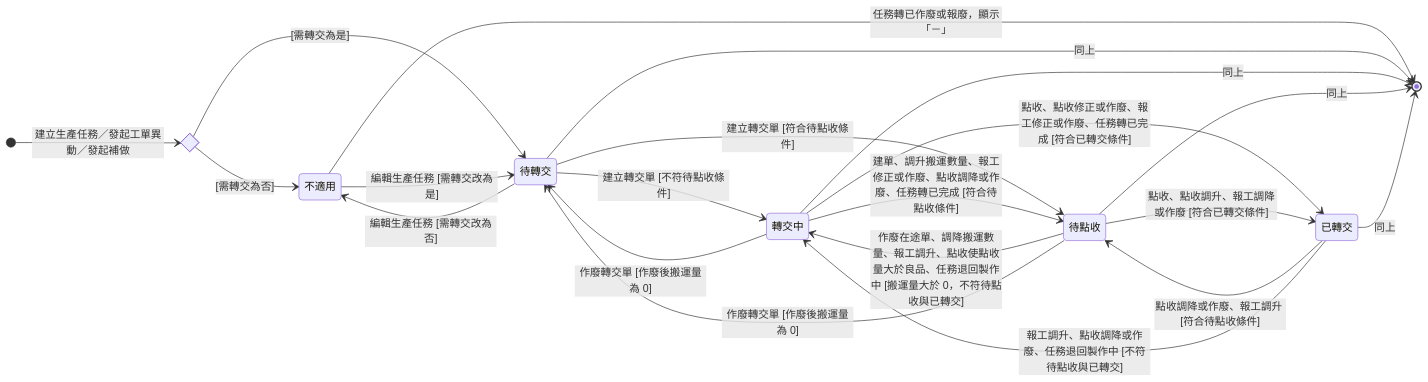
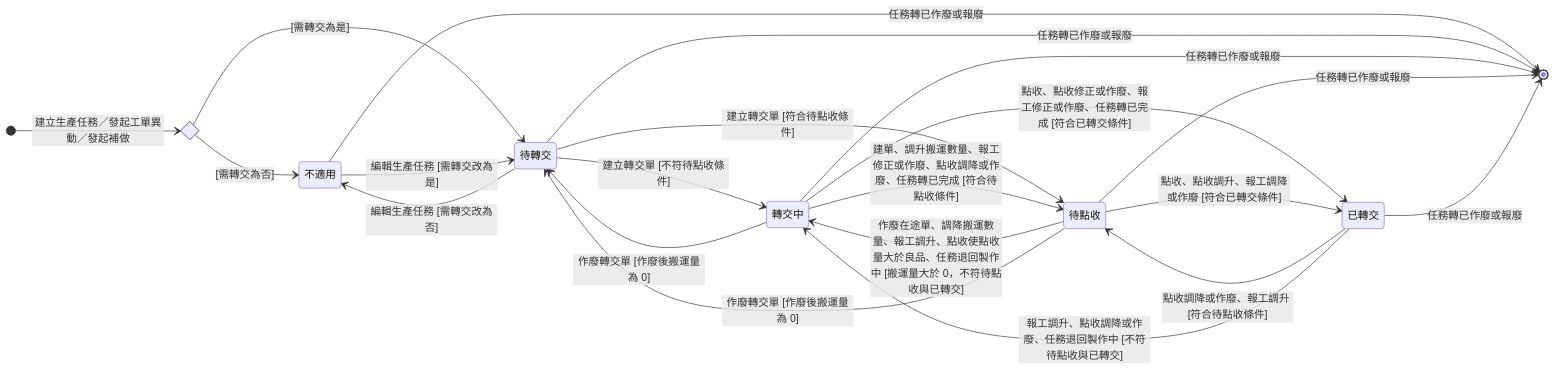
One commit to Kawato-Miles/erp-spec changed the diagram in memory/Sens_wiki/wiki/erp/06-state-machines/生產任務轉交狀態.md. Above: the diagram before and after it, drawn with Mermaid. The commit also changed other lines of this file and 124 other files, not shown here.

````diff
--- a/memory/Sens_wiki/wiki/erp/06-state-machines/生產任務轉交狀態.md
+++ b/memory/Sens_wiki/wiki/erp/06-state-machines/生產任務轉交狀態.md
@@ -70,36 +70,36 @@
 ```mermaid
 stateDiagram-v2
     direction LR
 
     state c_init <<choice>>
     [*] --> c_init : 建立生產任務／發起工單異動／發起補做
 
     state "不適用" as t_na
     state "待轉交" as t_pending
     state "轉交中" as t_moving
     state "待點收" as t_await
     state "已轉交" as t_done
 
     c_init --> t_na : [需轉交為否]
     c_init --> t_pending : [需轉交為是]
     t_na --> t_pending : 編輯生產任務 [需轉交改為是]
     t_pending --> t_na : 編輯生產任務 [需轉交改為否]
 
     t_pending --> t_moving : 建立轉交單 [不符待點收條件]
     t_pending --> t_await : 建立轉交單 [符合待點收條件]
     t_moving --> t_await : 建單、調升搬運數量、報工修正或作廢、點收調降或作廢、任務轉已完成 [符合待點收條件]
     t_moving --> t_done : 點收、點收修正或作廢、報工修正或作廢、任務轉已完成 [符合已轉交條件]
     t_await --> t_done : 點收、點收調升、報工調降或作廢 [符合已轉交條件]
 
     t_await --> t_moving : 作廢在途單、調降搬運數量、報工調升、點收使點收量大於良品、任務退回製作中 [搬運量大於 0，不符待點收與已轉交]
     t_done --> t_await : 點收調降或作廢、報工調升 [符合待點收條件]
     t_done --> t_moving : 報工調升、點收調降或作廢、任務退回製作中 [不符待點收與已轉交]
     t_moving --> t_pending : 作廢轉交單 [作廢後搬運量為 0]
     t_await --> t_pending : 作廢轉交單 [作廢後搬運量為 0]
 
-    t_na --> [*] : 任務轉已作廢或報廢，顯示「－」
-    t_pending --> [*] : 同上
-    t_moving --> [*] : 同上
-    t_await --> [*] : 同上
-    t_done --> [*] : 同上
+    t_na --> [*] : 任務轉已作廢或報廢
+    t_pending --> [*] : 任務轉已作廢或報廢
+    t_moving --> [*] : 任務轉已作廢或報廢
+    t_await --> [*] : 任務轉已作廢或報廢
+    t_done --> [*] : 任務轉已作廢或報廢
 ```
````
